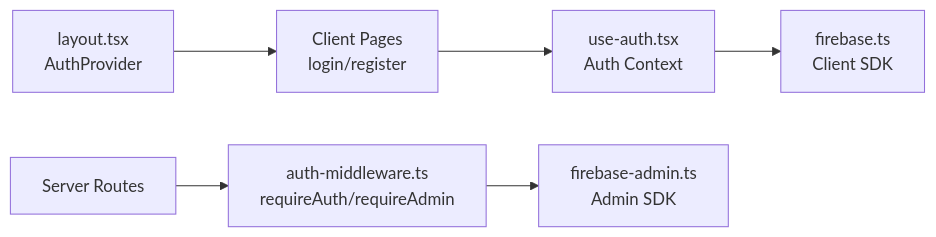
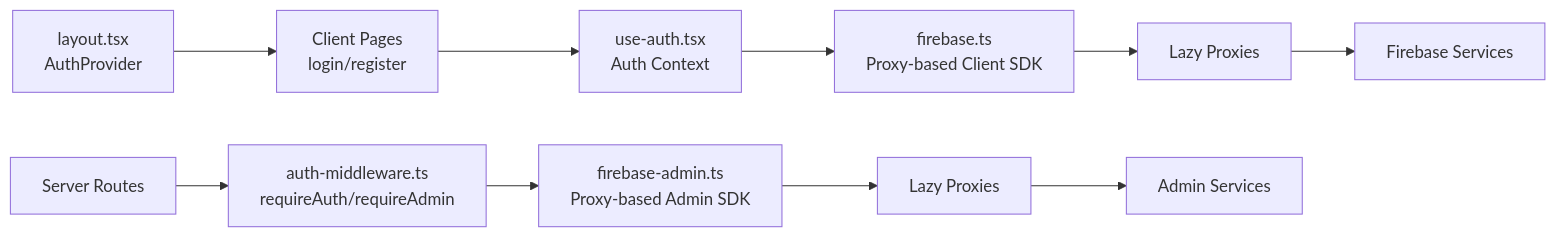
The seventh of 10 diagrams in .qoder/repowiki/en/content/Authentication System/Firebase Integration.md (alikizang/datafrica), drawn with Mermaid before and after one commit. The commit also changed other lines of this file and 23 other files, not shown here.

````diff
--- a/.qoder/repowiki/en/content/Authentication System/Firebase Integration.md
+++ b/.qoder/repowiki/en/content/Authentication System/Firebase Integration.md
@@ -232,8 +278,12 @@
 ```mermaid
 graph LR
 Layout["layout.tsx<br/>AuthProvider"] --> Pages["Client Pages<br/>login/register"]
 Pages --> Hooks["use-auth.tsx<br/>Auth Context"]
-Hooks --> ClientSDK["firebase.ts<br/>Client SDK"]
+Hooks --> ClientSDK["firebase.ts<br/>Proxy-based Client SDK"]
 API["Server Routes"] --> Middleware["auth-middleware.ts<br/>requireAuth/requireAdmin"]
-Middleware --> AdminSDK["firebase-admin.ts<br/>Admin SDK"]
+Middleware --> AdminSDK["firebase-admin.ts<br/>Proxy-based Admin SDK"]
+ClientSDK --> Proxy["Lazy Proxies"]
+AdminSDK --> Proxy2["Lazy Proxies"]
+Proxy --> Services["Firebase Services"]
+Proxy2 --> Services2["Admin Services"]
 ```
````
